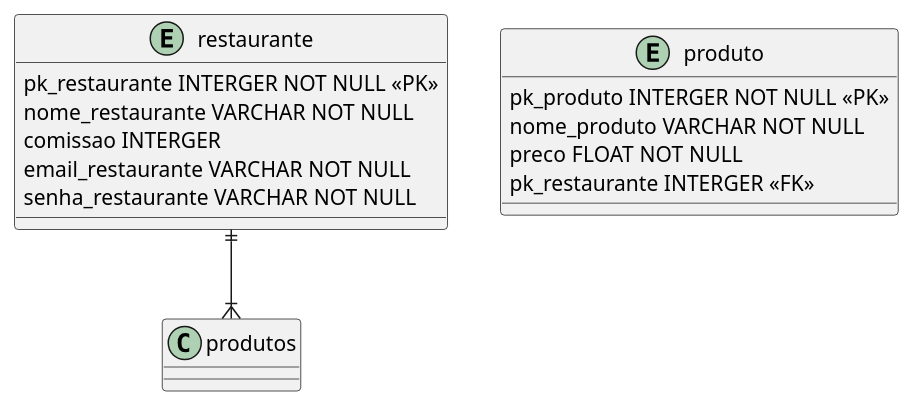
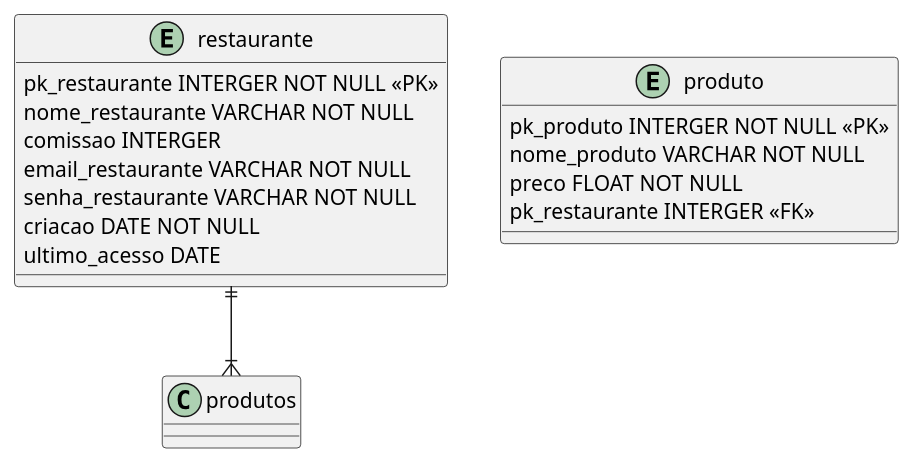
Before and after one commit to galaticghost/AndroidFood: the diagram in modelagem/banco.wsd, drawn with PlantUML. The commit also changed 6 other files, not shown here.

```diff
--- a/modelagem/banco.wsd
+++ b/modelagem/banco.wsd
@@ -1,20 +1,22 @@
 @startuml Banco de Dados
 
 entity restaurante{
     pk_restaurante INTERGER NOT NULL <<PK>>
     nome_restaurante VARCHAR NOT NULL
     comissao INTERGER
     email_restaurante VARCHAR NOT NULL
     senha_restaurante VARCHAR NOT NULL
+    criacao DATE NOT NULL
+    ultimo_acesso DATE
 }
 
 entity produto{
     pk_produto INTERGER NOT NULL <<PK>>
     nome_produto VARCHAR NOT NULL 
     preco FLOAT NOT NULL
     pk_restaurante INTERGER <<FK>>
 }
 
 restaurante ||--|{ produtos
 
 @enduml
```
